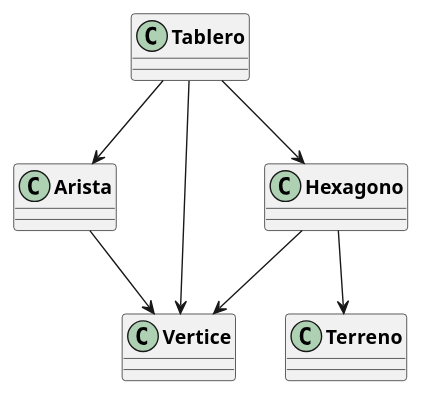
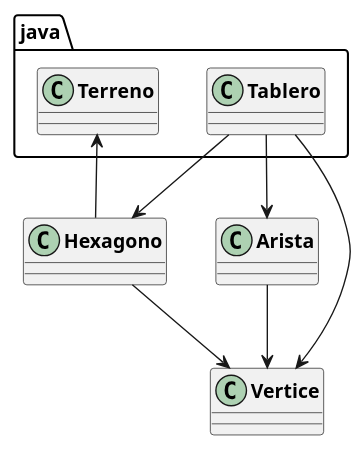
One commit to FGazcon/TP2_Paradigmas_2025_2C changed the diagram in diagramas/diagrama_de_clases_tablero.puml. Above: the diagram before and after it, drawn with PlantUML. The commit also changed 321 other files, not shown here.

```diff
--- a/diagramas/diagrama_de_clases_tablero.puml
+++ b/diagramas/diagrama_de_clases_tablero.puml
@@ -1,25 +1,25 @@
 @startuml Diagrama De CLASES
 
 skinparam classAttributeIconSize 0
 skinparam classFontStyle bold
 
 ' ======================
 ' CLASES DEL MODELO
 ' ======================
 
-class Tablero
+class java.Tablero
 class Hexagono
 class Arista
 class Vertice
-class Terreno
+class java.Terreno
 
-Tablero --> Hexagono
-Tablero --> Arista
-Tablero --> Vertice
+java.Tablero --> Hexagono
+java.Tablero --> Arista
+java.Tablero --> Vertice
 
 Hexagono --> Vertice
-Hexagono --> Terreno
+Hexagono --> java.Terreno
 
 Arista --> Vertice
 
 @enduml
```
